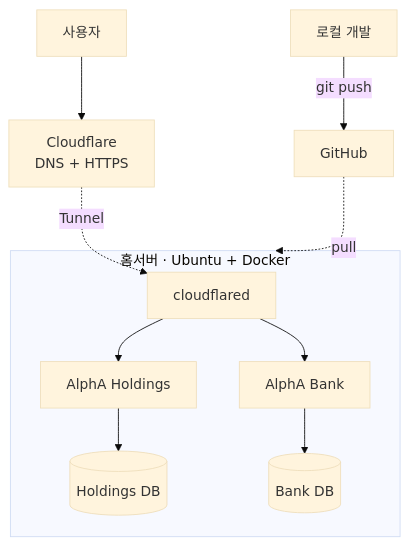
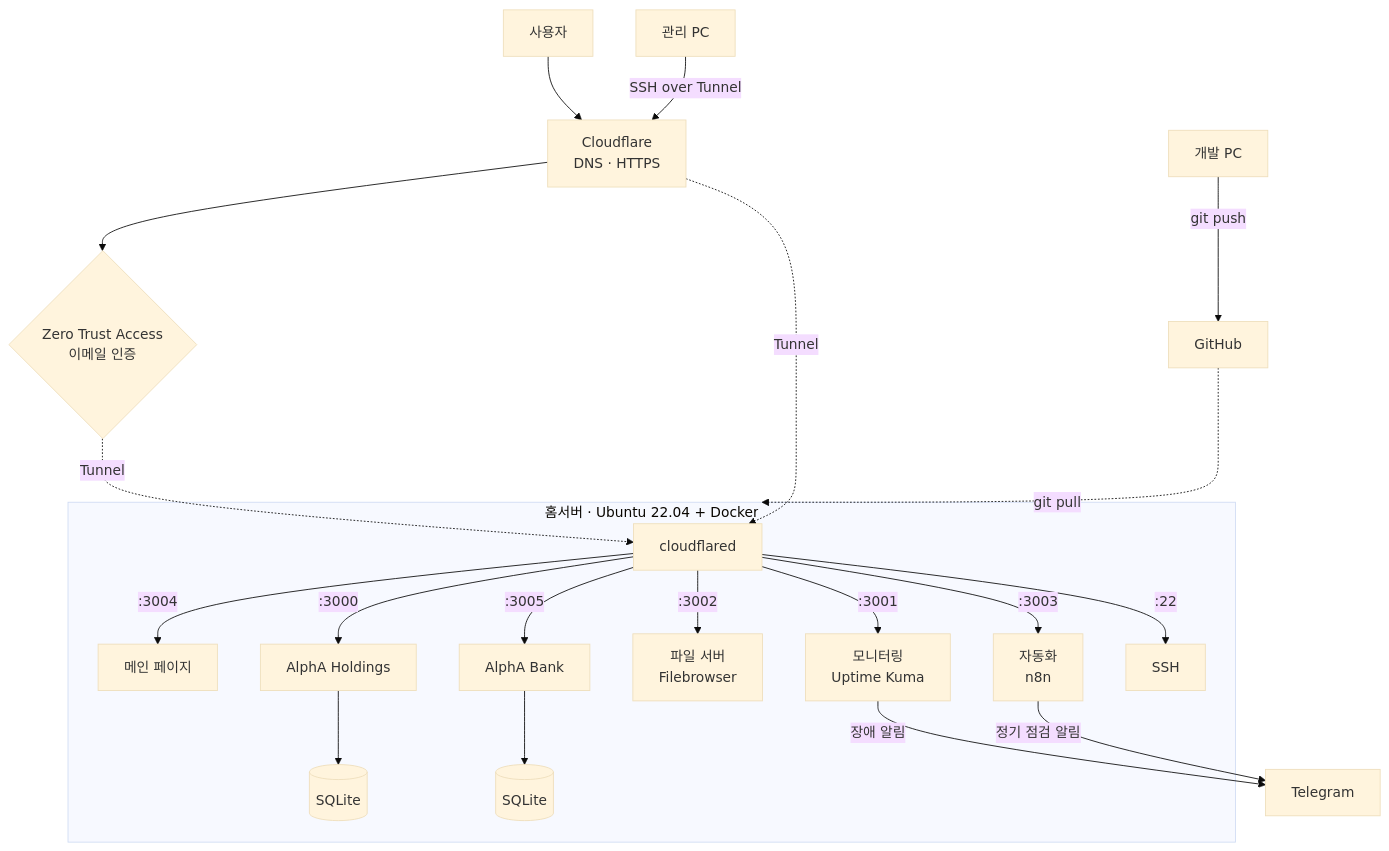
Before and after one commit to alpha-1nc/alpha-infra: the diagram in README.md, drawn with Mermaid (base theme). The commit also changed other lines of this file, not shown here.

````diff
--- a/README.md
+++ b/README.md
@@ -8,16 +8,27 @@
 ```mermaid
 flowchart TD
-    User[사용자] --> CF[Cloudflare<br/>DNS + HTTPS]
+    User[사용자] --> CF[Cloudflare<br/>DNS · HTTPS]
+    CF --> ACC{Zero Trust Access<br/>이메일 인증}
+    ACC -.Tunnel.-> CFD
     CF -.Tunnel.-> CFD
 
-    Dev[로컬 개발] -->|git push| GH[GitHub]
-    GH -.pull.-> Server
+    Admin[관리 PC] -->|SSH over Tunnel| CF
+    Dev[개발 PC] -->|git push| GH[GitHub]
+    GH -.git pull.-> Server
 
-    subgraph Server[홈서버 · Ubuntu + Docker]
+    subgraph Server[홈서버 · Ubuntu 22.04 + Docker]
         CFD[cloudflared]
-        CFD --> H[AlphA Holdings]
-        CFD --> B[AlphA Bank]
-        H --> HDB[(Holdings DB)]
-        B --> BDB[(Bank DB)]
+        CFD -->|:3004| HUB[메인 페이지]
+        CFD -->|:3000| H[AlphA Holdings]
+        CFD -->|:3005| B[AlphA Bank]
+        CFD -->|:3002| FB[파일 서버<br/>Filebrowser]
+        CFD -->|:3003| N8N[자동화<br/>n8n]
+        CFD -->|:3001| UK[모니터링<br/>Uptime Kuma]
+        CFD -->|:22| SSH[SSH]
+        H --> HDB[(SQLite)]
+        B --> BDB[(SQLite)]
     end
+
+    UK -->|장애 알림| TG[Telegram]
+    N8N -->|정기 점검 알림| TG
 ```
````
